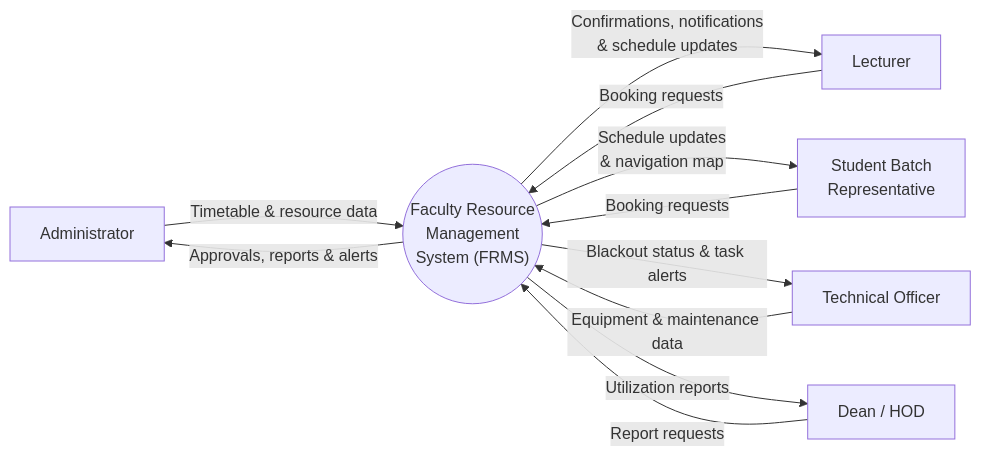
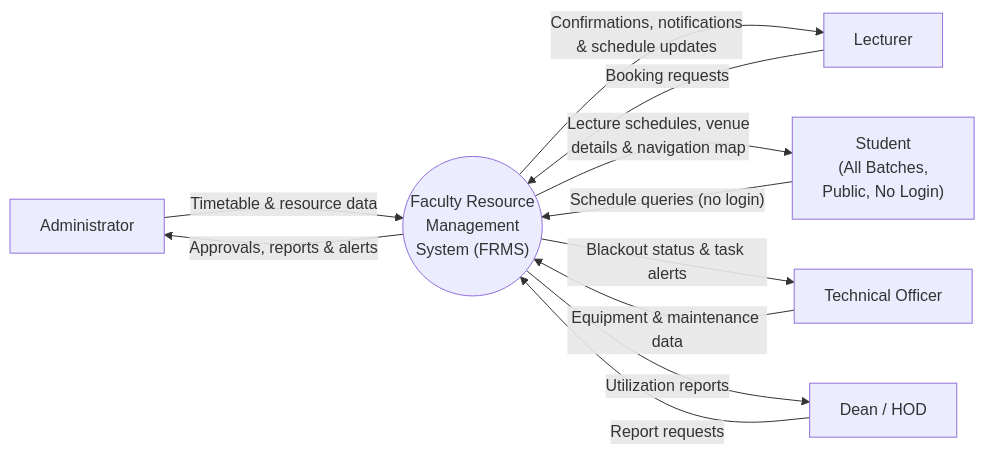
One commit to chamika-u/Capstones changed the diagram in FRMSD/diagrams/src/fig4-3-dfd0.mmd. Above: the diagram before and after it, drawn with Mermaid. The commit also changed 8 other files, not shown here.

Commit message:
feat: add data flow and use case diagrams for FRMSD system architecture

```diff
--- a/FRMSD/diagrams/src/fig4-3-dfd0.mmd
+++ b/FRMSD/diagrams/src/fig4-3-dfd0.mmd
@@ -1,23 +1,23 @@
 flowchart LR
     ADM["Administrator"]
     LEC["Lecturer"]
-    REP["Student Batch<br/>Representative"]
+    STU["Student<br/>(All Batches,<br/>Public, No Login)"]
     TO["Technical Officer"]
     MGT["Dean / HOD"]
 
     P(("Faculty Resource<br/>Management<br/>System (FRMS)"))
 
     ADM -->|"Timetable &amp; resource data"| P
     P -->|"Approvals, reports &amp; alerts"| ADM
 
     LEC -->|"Booking requests"| P
     P -->|"Confirmations, notifications<br/>&amp; schedule updates"| LEC
 
-    REP -->|"Booking requests"| P
-    P -->|"Schedule updates<br/>&amp; navigation map"| REP
+    STU -->|"Schedule queries (no login)"| P
+    P -->|"Lecture schedules, venue<br/>details &amp; navigation map"| STU
 
     TO -->|"Equipment &amp; maintenance data"| P
     P -->|"Blackout status &amp; task alerts"| TO
 
     MGT -->|"Report requests"| P
     P -->|"Utilization reports"| MGT
```
